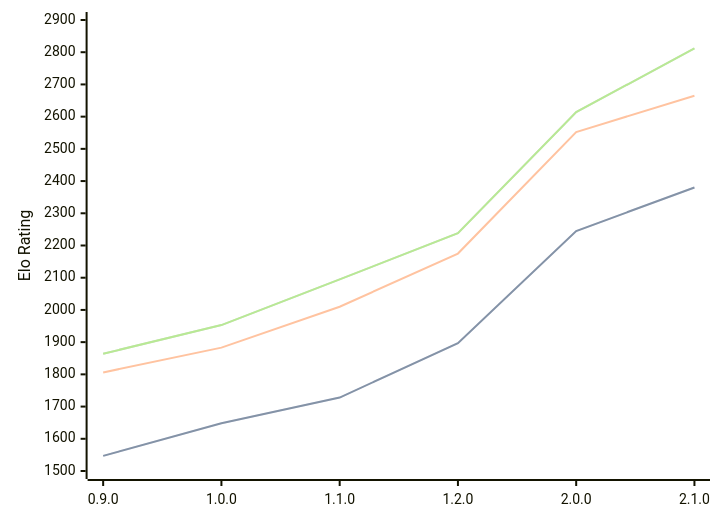
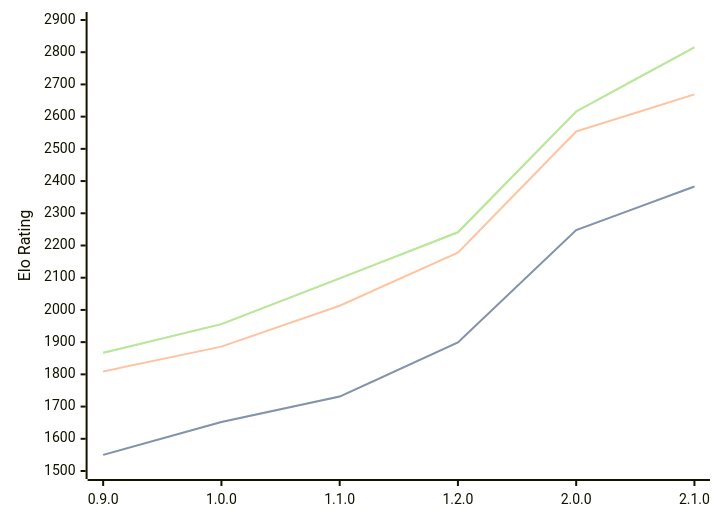
Before and after one commit to computer-chess-index/cci: the diagram in engines/Ratsu.md, drawn with Mermaid. The commit also changed other lines of this file, not shown here.

Commit message:
Update CCI Ratings (ELO VLTC) - 2026-09-24

````diff
--- a/engines/Ratsu.md
+++ b/engines/Ratsu.md
@@ -36,11 +36,11 @@
 ```mermaid
 %%{init: {"theme":"base","themeVariables":{"seriesColors:['#a3a3a3','#222221','#faa371']}}}%%
 xychart-beta
   x-axis ["0.9.0", "1.0.0", "1.1.0", "1.2.0", "2.0.0", "2.1.0"]
   y-axis "Elo Rating" 1500 --> 2900
-  line "" [1547, 1648, 1728, 1897, 2245, 2380]
-  line "STC (8.0+0.08s)" [1547, 1648, 1728, 1897, 2245, 2380]
-  line "LTC (60.0+0.60s)" [1806, 1883, 2010, 2175, 2552, 2665]
-  line "" [1864, 1953, 2095, 2238, 2614, 2812]
-  line "VLTC (2m24s+1.12s)" [1864, 1953, 2095, 2238, 2614, 2812]
+  line "" [1550, 1652, 1731, 1899, 2248, 2383]
+  line "STC (8.0+0.08s)" [1550, 1652, 1731, 1899, 2248, 2383]
+  line "LTC (60.0+0.60s)" [1809, 1886, 2013, 2178, 2554, 2669]
+  line "" [1867, 1956, 2098, 2241, 2616, 2815]
+  line "VLTC (2m24s+1.12s)" [1867, 1956, 2098, 2241, 2616, 2815]
 ```
````
